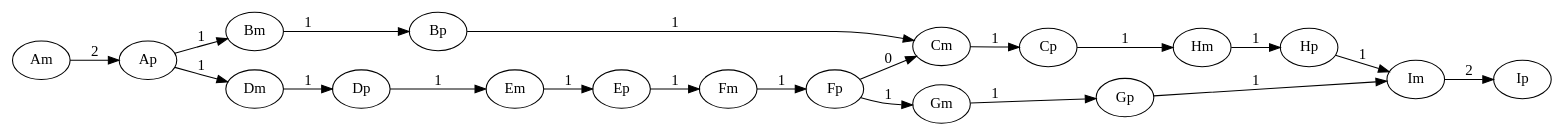
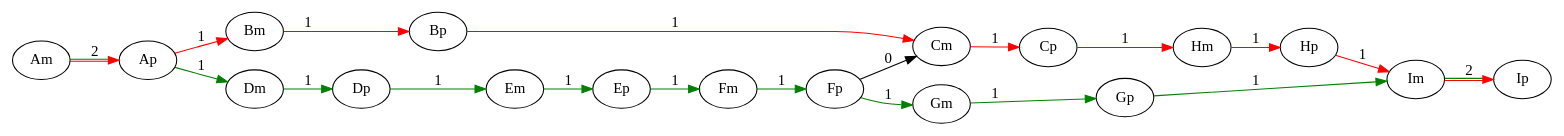
One commit to gianlu01/MinimumPathCover changed the diagram in Grafi/Grafo 1 cover.dot. Above: the diagram before and after it, drawn with Graphviz. The commit also changed 6 other files, not shown here.

```diff
--- a/Grafi/Grafo 1 cover.dot
+++ b/Grafi/Grafo 1 cover.dot
@@ -1,22 +1,22 @@
 digraph{
 	rankdir=LR
-	Am -> Ap [label=2]
-	Ap -> Bm [label=1]
-	Ap -> Dm [label=1]
-	Bm -> Bp [label=1]
-	Bp -> Cm [label=1]
-	Dm -> Dp [label=1]
-	Dp -> Em [label=1]
-	Cm -> Cp [label=1]
-	Cp -> Hm [label=1]
-	Hm -> Hp [label=1]
-	Hp -> Im [label=1]
-	Em -> Ep [label=1]
-	Ep -> Fm [label=1]
-	Fm -> Fp [label=1]
-	Fp -> Gm [label=1]
+	Am -> Ap [label=2  color="red:green"]
+	Ap -> Bm [label=1  color="red"]
+	Ap -> Dm [label=1  color="green"]
+	Bm -> Bp [label=1  color="red"]
+	Bp -> Cm [label=1  color="red"]
+	Dm -> Dp [label=1  color="green"]
+	Dp -> Em [label=1  color="green"]
+	Cm -> Cp [label=1  color="red"]
+	Cp -> Hm [label=1  color="red"]
+	Hm -> Hp [label=1  color="red"]
+	Hp -> Im [label=1  color="red"]
+	Em -> Ep [label=1  color="green"]
+	Ep -> Fm [label=1  color="green"]
+	Fm -> Fp [label=1  color="green"]
+	Fp -> Gm [label=1  color="green"]
 	Fp -> Cm [label=0]
-	Gm -> Gp [label=1]
-	Gp -> Im [label=1]
-	Im -> Ip [label=2]
+	Gm -> Gp [label=1  color="green"]
+	Gp -> Im [label=1  color="green"]
+	Im -> Ip [label=2  color="red:green"]
 }
```
